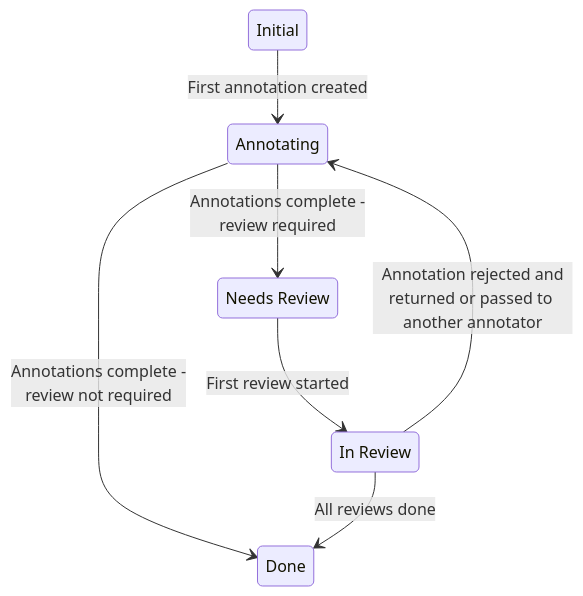
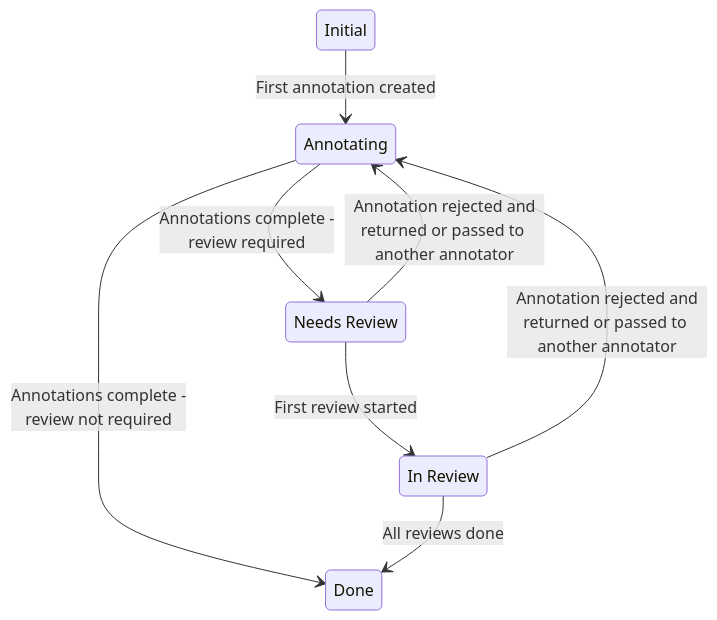
The second of 2 diagrams in docs/source/guide/project_states.md (HumanSignal/label-studio), drawn with Mermaid before and after one commit. The commit also changed 2 other files, not shown here.

Commit message:
docs: UTC-1178: Tighten reject option and flexible pause wording

````diff
--- a/docs/source/guide/project_states.md
+++ b/docs/source/guide/project_states.md
@@ -69,21 +69,22 @@
 ```mermaid
 stateDiagram-v2
     state "Initial" as CREATED
     state "Annotating" as ANNOTATION_IN_PROGRESS
     state "Needs Review" as NEEDS_REVIEW
     state "In Review" as REVIEW_IN_PROGRESS
     state "Done" as COMPLETED
 
     CREATED --> ANNOTATION_IN_PROGRESS: First annotation created
     ANNOTATION_IN_PROGRESS --> NEEDS_REVIEW: Annotations complete -<br>review required
     ANNOTATION_IN_PROGRESS --> COMPLETED: Annotations complete -<br>review not required
     NEEDS_REVIEW --> REVIEW_IN_PROGRESS: First review started
     REVIEW_IN_PROGRESS --> COMPLETED: All reviews done
+    NEEDS_REVIEW --> ANNOTATION_IN_PROGRESS: Annotation rejected and<br>returned or passed to another annotator
     REVIEW_IN_PROGRESS --> ANNOTATION_IN_PROGRESS: Annotation rejected and<br>returned or passed to another annotator
 
     class CREATED neutral
     class ANNOTATION_IN_PROGRESS grape
     class NEEDS_REVIEW cantaloupe
     class REVIEW_IN_PROGRESS plum
     class COMPLETED kale
 ```
````
